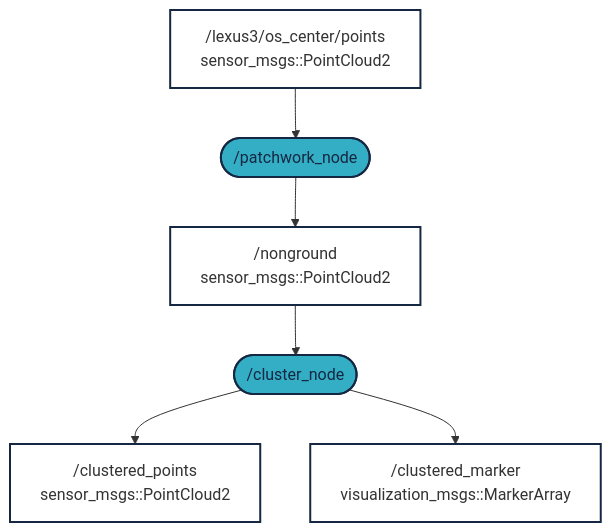
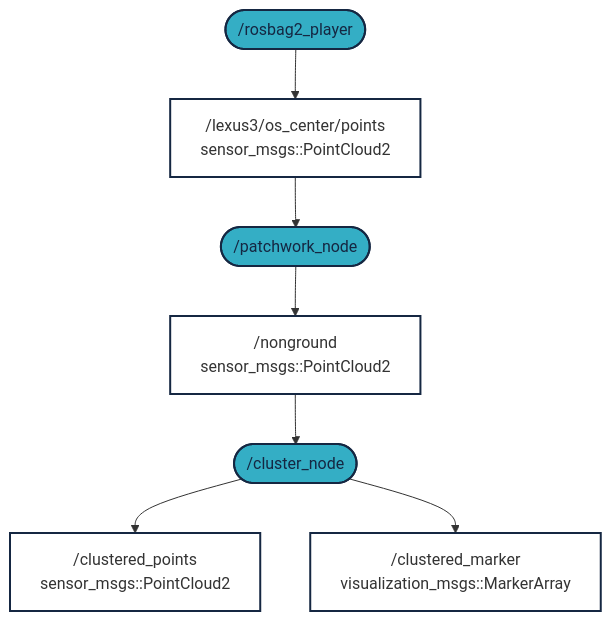
The first of 2 diagrams in docs/eszleles/practice_cluster.md (sze-info/ajr), drawn with Mermaid before and after one commit. The commit also changed 2 other files, not shown here.

Commit message:
Hibajavítás a gyakorlat után

````diff
--- a/docs/eszleles/practice_cluster.md
+++ b/docs/eszleles/practice_cluster.md
@@ -217,14 +217,15 @@
 ```mermaid
 graph TD;
 
-    p1[ /lexus3/os_center/points<br/>sensor_msgs::PointCloud2]:::white --> patchwork([ /patchwork_node]):::light
+    rosbag2_player([ /rosbag2_player]):::light --> p1[ /lexus3/os_center/points<br/>sensor_msgs::PointCloud2]:::white 
+    p1 --> patchwork([ /patchwork_node]):::light
     patchwork --> p
     p[ /nonground<br/>sensor_msgs::PointCloud2]:::white --> cluster([ /cluster_node]):::light
     cluster --> f1[ /clustered_points<br/>sensor_msgs::PointCloud2]:::white
     cluster --> f2[ /clustered_marker<br/>visualization_msgs::MarkerArray]:::white
     classDef light fill:#34aec5,stroke:#152742,stroke-width:2px,color:#152742  
     classDef dark fill:#152742,stroke:#34aec5,stroke-width:2px,color:#34aec5
     classDef white fill:#ffffff,stroke:#152742,stroke-width:2px,color:#15274
     classDef dash fill:#ffffff,stroke:#152742,stroke-width:2px,color:#15274, stroke-dasharray: 5 5
     classDef red fill:#ef4638,stroke:#152742,stroke-width:2px,color:#fff
 ```
````
